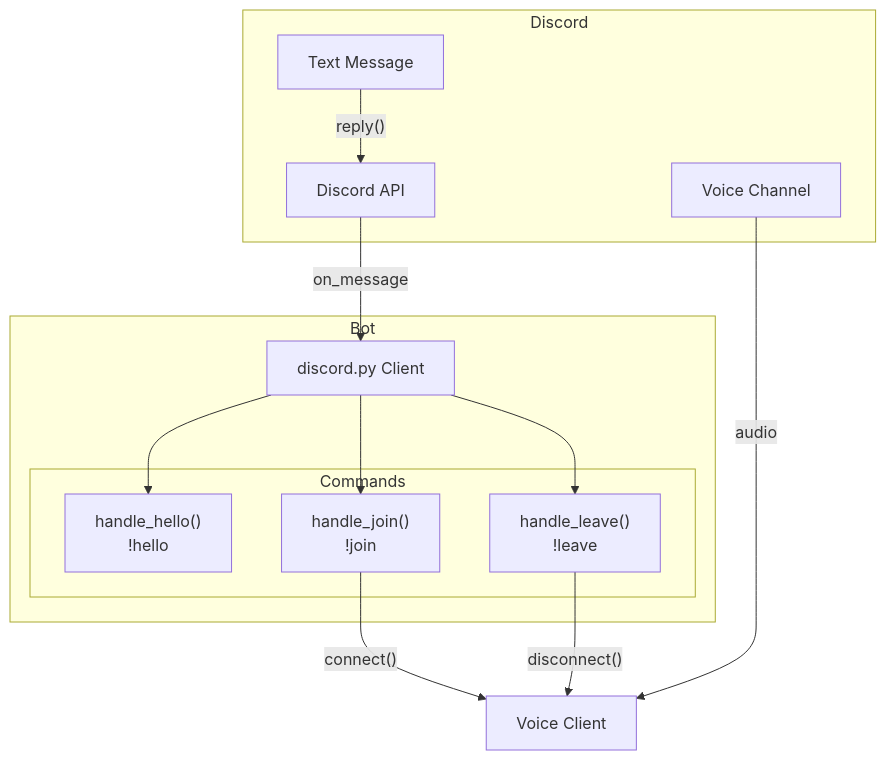
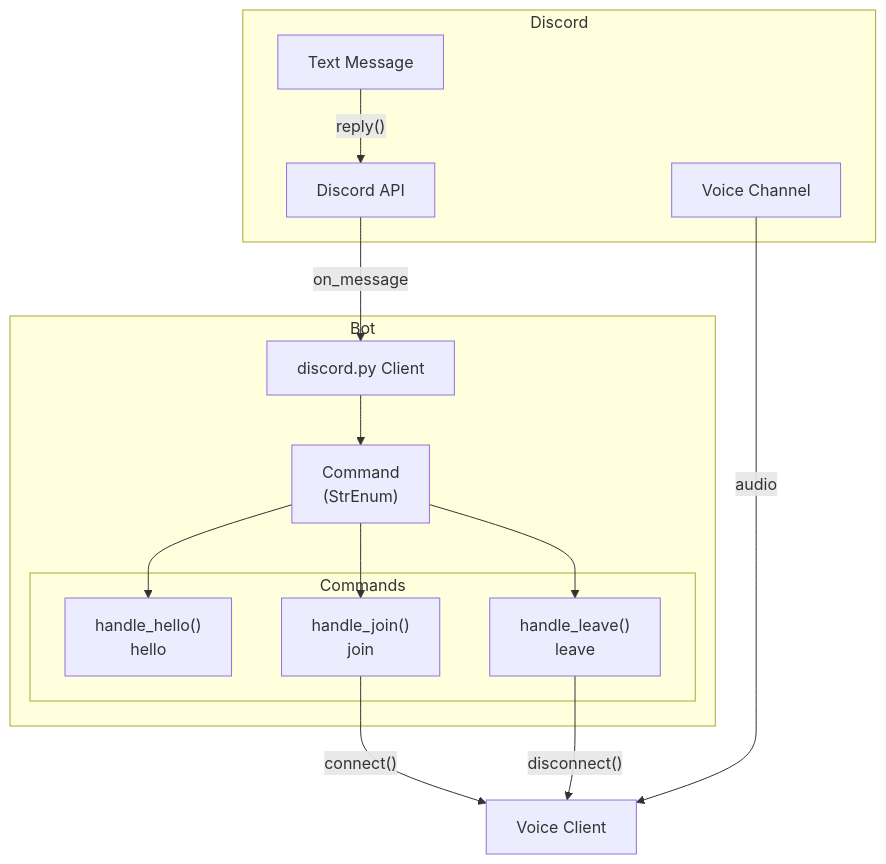
Before and after one commit to niklastypes/clairvoyance: the first of 2 diagrams in docs/architecture.md, drawn with Mermaid. The commit also changed other lines of this file, not shown here.

Commit message:
docs: update architecture.md for Phase +1 complete

````diff
--- a/docs/architecture.md
+++ b/docs/architecture.md
@@ -9,27 +9,29 @@
 ```mermaid
 graph TD
     subgraph Discord["Discord"]
         API["Discord API"]
         TextMsg["Text Message"]
         VoiceChannel["Voice Channel"]
     end
 
     subgraph Bot["Bot"]
         Client["discord.py Client"]
         subgraph Commands["Commands"]
-            Hello["handle_hello()<br/>!hello"]
-            Join["handle_join()<br/>!join"]
-            Leave["handle_leave()<br/>!leave"]
+            Hello["handle_hello()<br/>hello"]
+            Join["handle_join()<br/>join"]
+            Leave["handle_leave()<br/>leave"]
         end
+        Command["Command<br/>(StrEnum)"]
     end
 
     API -->|"on_message"| Client
-    Client --> Hello
-    Client --> Join
-    Client --> Leave
+    Client --> Command
+    Command --> Hello
+    Command --> Join
+    Command --> Leave
     Join -->|"connect()"| VoiceVC["Voice Client"]
     Leave -->|"disconnect()"| VoiceVC
 
     TextMsg -->|"reply()"| API
     VoiceChannel -->|"audio"| VoiceVC
 ```
````
